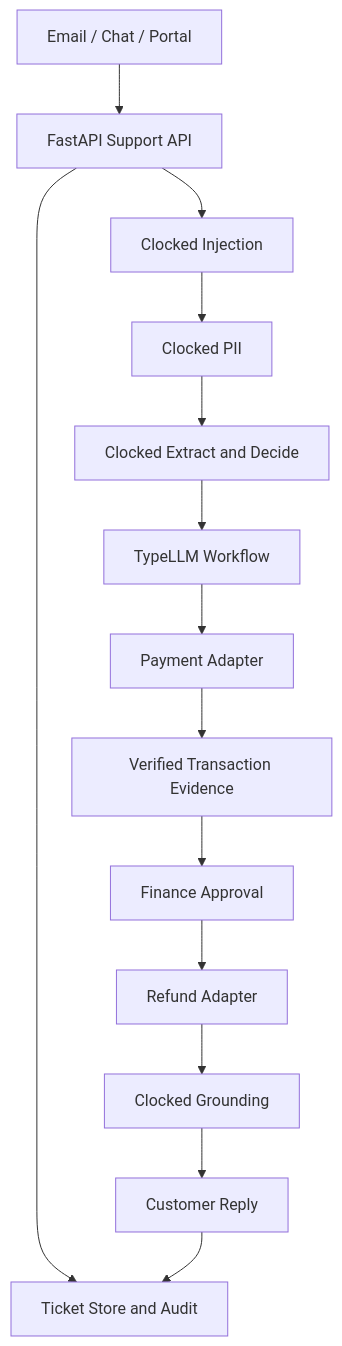
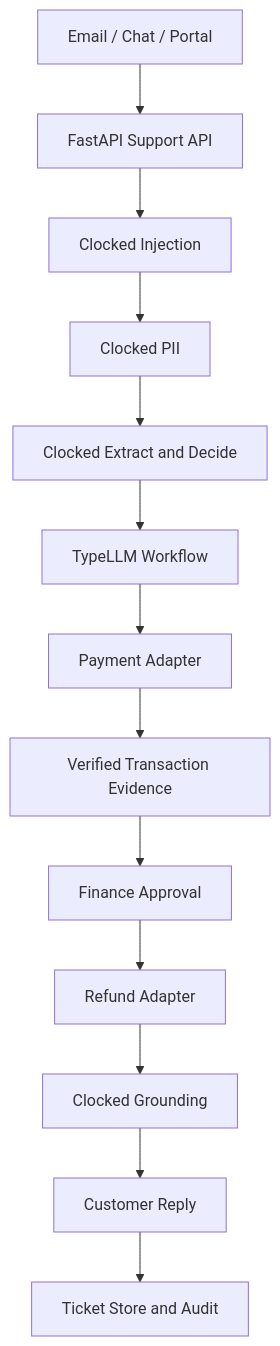
One commit to ranjancse26/clocked-support-intelligence-engine changed the diagram in assets/architecture.mmd. Above: the diagram before and after it, drawn with Mermaid. The commit also changed 1 other file, not shown here.

Commit message:
Updates to the architecture diagram

```diff
--- a/assets/architecture.mmd
+++ b/assets/architecture.mmd
@@ -1,14 +1,13 @@
 flowchart TD
  A[Email / Chat / Portal] --> B[FastAPI Support API]
- B --> C[Ticket Store and Audit]
  B --> D[Clocked Injection]
  D --> E[Clocked PII]
  E --> F[Clocked Extract and Decide]
  F --> G[TypeLLM Workflow]
  G --> H[Payment Adapter]
  H --> I[Verified Transaction Evidence]
  I --> J[Finance Approval]
  J --> K[Refund Adapter]
  K --> L[Clocked Grounding]
  L --> M[Customer Reply]
- M --> C
+ M --> C[Ticket Store and Audit]
```
